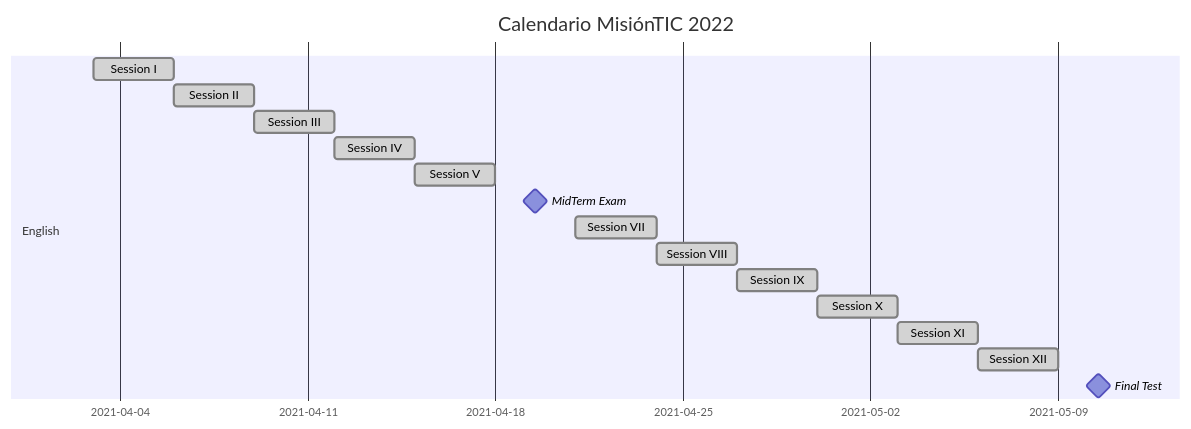
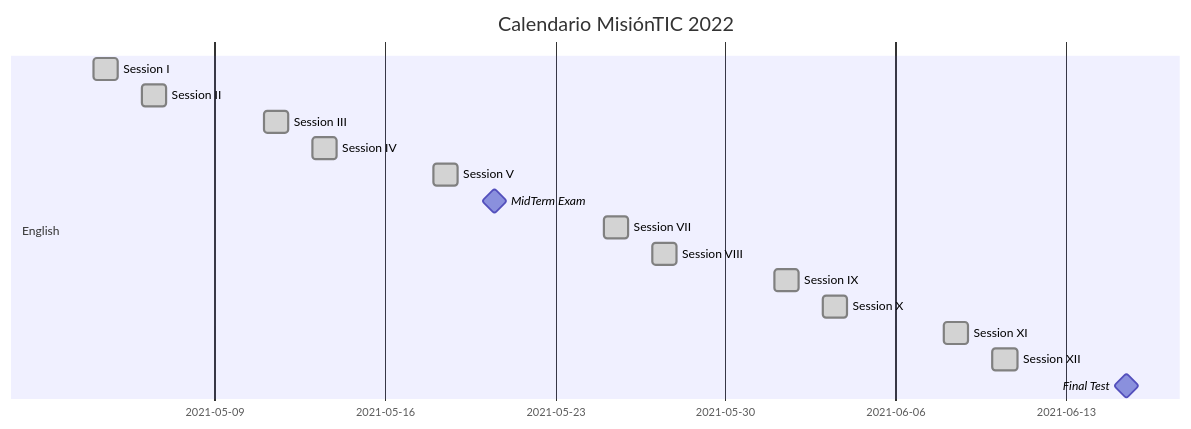
The third of 3 diagrams in Ciclo I.md (LorenaBtz/MisionTIC2022), drawn with Mermaid before and after one commit. The commit also changed other lines of this file and 25 other files, not shown here.

````diff
--- a/Ciclo I.md
+++ b/Ciclo I.md
@@ -106,20 +106,20 @@
 ``` mermaid
 gantt
 	dateFormat YYYY-MM-DD
 	title Calendario MisiónTIC 2022
 		
 	section English
-		Session I : done, des1, 2021-04-03, 3d
-		Session II : done, des2, after des1, 3d
-		Session III : done, des3, after des2, 3d
-		Session IV : done, des4, after des3, 3d
-		Session V : done, des5, after des4, 3d
-		MidTerm Exam : milestone, m1, after des5, 3d
-		Session VII : done, des7, after m1, 3d
-		Session VIII : done, des8, after des7, 3d
-		Session IX : done, des9, after des8, 3d
-		Session X : done, des10, after des9, 3d
-		Session XI : done, des11, after des10, 3d
-		Session XII : done, des12, after des11, 3d
-		Final Test : milestone, des13, after des12, 3d
+		Session I : done, des1, 2021-05-04, 1d
+		Session II : done, des2, 2021-05-06, 1d
+		Session III : done, des3, 2021-05-11, 1d
+		Session IV : done, des4, 2021-05-13, 1d
+		Session V : done, des5, 2021-05-18, 1d
+		MidTerm Exam : milestone, m1, 2021-05-20, 1d
+		Session VII : done, des7, 2021-05-25, 1d
+		Session VIII : done, des8, 2021-05-27, 1d
+		Session IX : done, des9, 2021-06-01, 1d
+		Session X : done, des10, 2021-06-03, 1d
+		Session XI : done, des11, 2021-06-08, 1d
+		Session XII : done, des12, 2021-06-10, 1d
+		Final Test : milestone, des13, 2021-06-15, 1d
 ```
````
